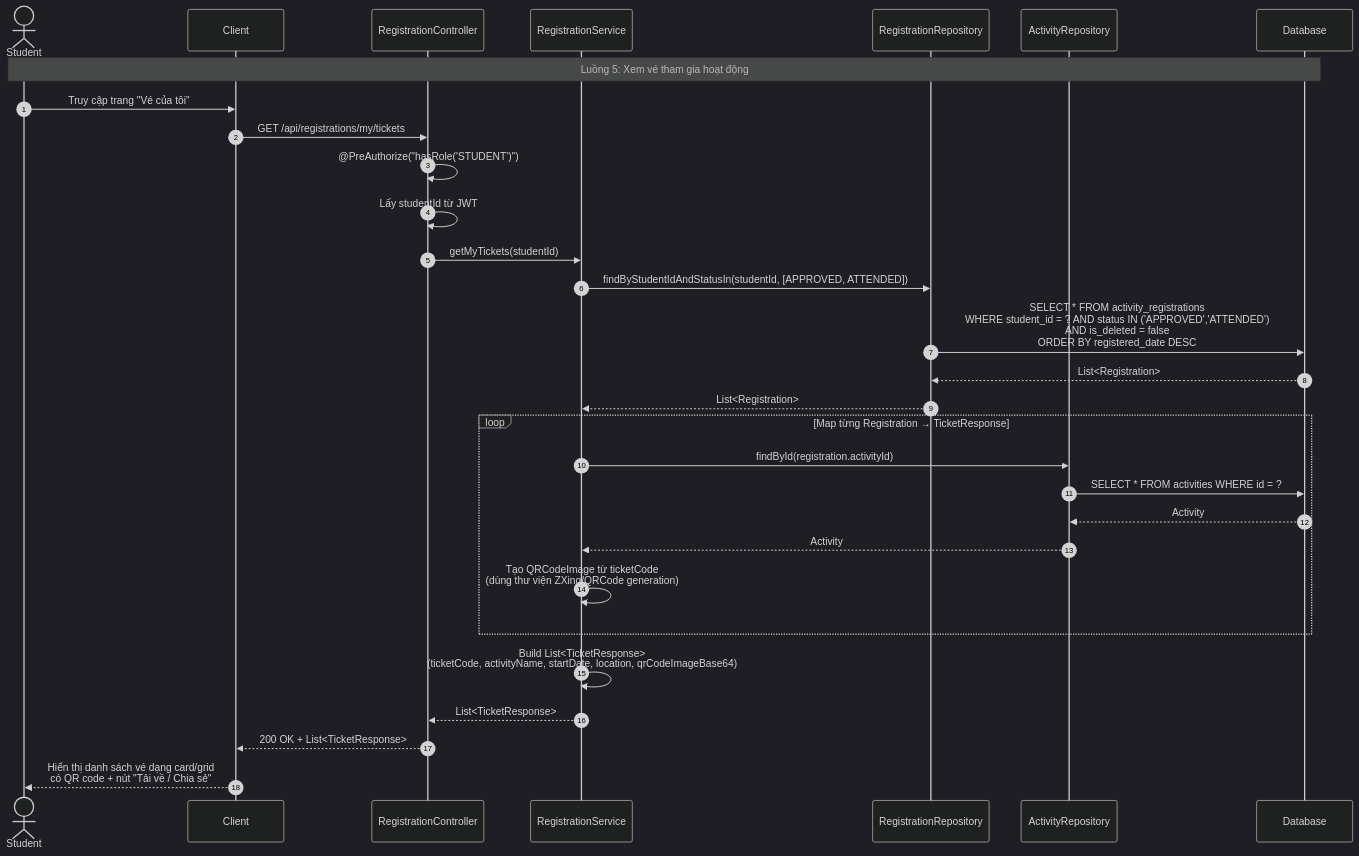
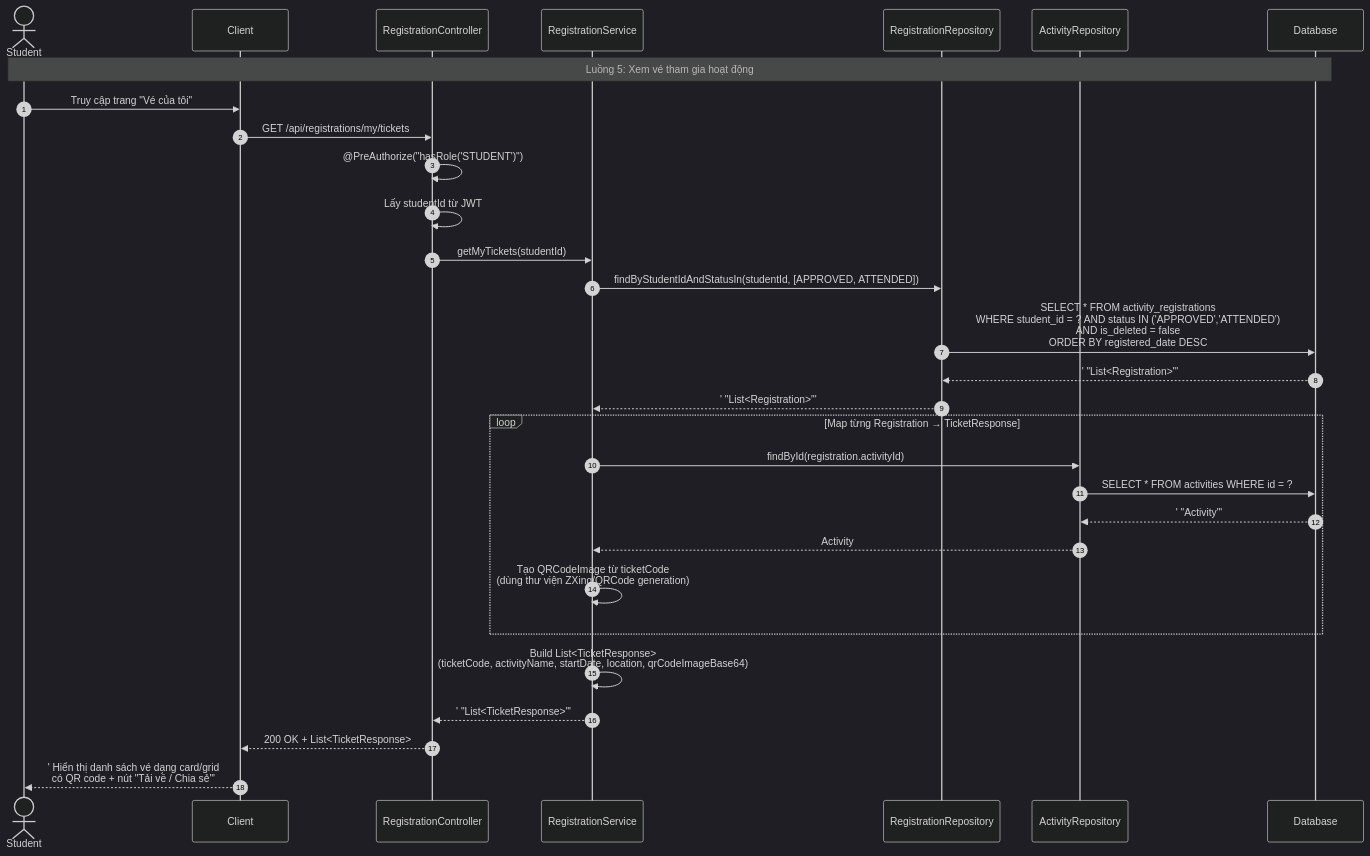
One commit to mchien04/CampusLife changed the fifth of 8 diagrams in docs/sequence-diagramV2/sequence-diagram-registration.md. Above: the diagram before and after it, drawn with Mermaid (dark theme). The commit also changed other lines of this file and 18 other files, not shown here.

First line of the commit message:
fix(sequence-diagramV2): fix Mermaid parse errors

````diff
--- a/docs/sequence-diagramV2/sequence-diagram-registration.md
+++ b/docs/sequence-diagramV2/sequence-diagram-registration.md
@@ -328,37 +328,37 @@
 ```mermaid
 sequenceDiagram
     autonumber
     actor Student
     participant Client
     participant Controller as RegistrationController
     participant RegService as RegistrationService
     participant RegRepo as RegistrationRepository
     participant ActRepo as ActivityRepository
     participant DB as Database
 
     Note over Student, DB: Luồng 5: Xem vé tham gia hoạt động
 
     Student->>Client: Truy cập trang "Vé của tôi"
     Client->>Controller: GET /api/registrations/my/tickets
     Controller->>Controller: @PreAuthorize("hasRole('STUDENT')")
     Controller->>Controller: Lấy studentId từ JWT
 
     Controller->>RegService: getMyTickets(studentId)
     RegService->>RegRepo: findByStudentIdAndStatusIn(studentId, [APPROVED, ATTENDED])
     RegRepo->>DB: SELECT * FROM activity_registrations<br/>WHERE student_id = ? AND status IN ('APPROVED','ATTENDED')<br/>AND is_deleted = false<br/>ORDER BY registered_date DESC
-    DB-->>RegRepo: List<Registration>
-    RegRepo-->>RegService: List<Registration>
+    DB-->>RegRepo:' "List<Registration>"'
+    RegRepo-->>RegService:' "List<Registration>"'
 
     loop Map từng Registration → TicketResponse
         RegService->>ActRepo: findById(registration.activityId)
         ActRepo->>DB: SELECT * FROM activities WHERE id = ?
-        DB-->>ActRepo: Activity
+        DB-->>ActRepo:' "Activity"'
         ActRepo-->>RegService: Activity
         RegService->>RegService: Tạo QRCodeImage từ ticketCode<br/>(dùng thư viện ZXing/QRCode generation)
     end
 
     RegService->>RegService: Build List<TicketResponse><br/>(ticketCode, activityName, startDate, location, qrCodeImageBase64)
-    RegService-->>Controller: List<TicketResponse>
+    RegService-->>Controller:' "List<TicketResponse>"'
     Controller-->>Client: 200 OK + List<TicketResponse>
-    Client-->>Student: Hiển thị danh sách vé dạng card/grid<br/>có QR code + nút "Tải về / Chia sẻ"
+    Client-->>Student:' Hiển thị danh sách vé dạng card/grid<br/>có QR code + nút "Tải về / Chia sẻ"'
 ```
````
